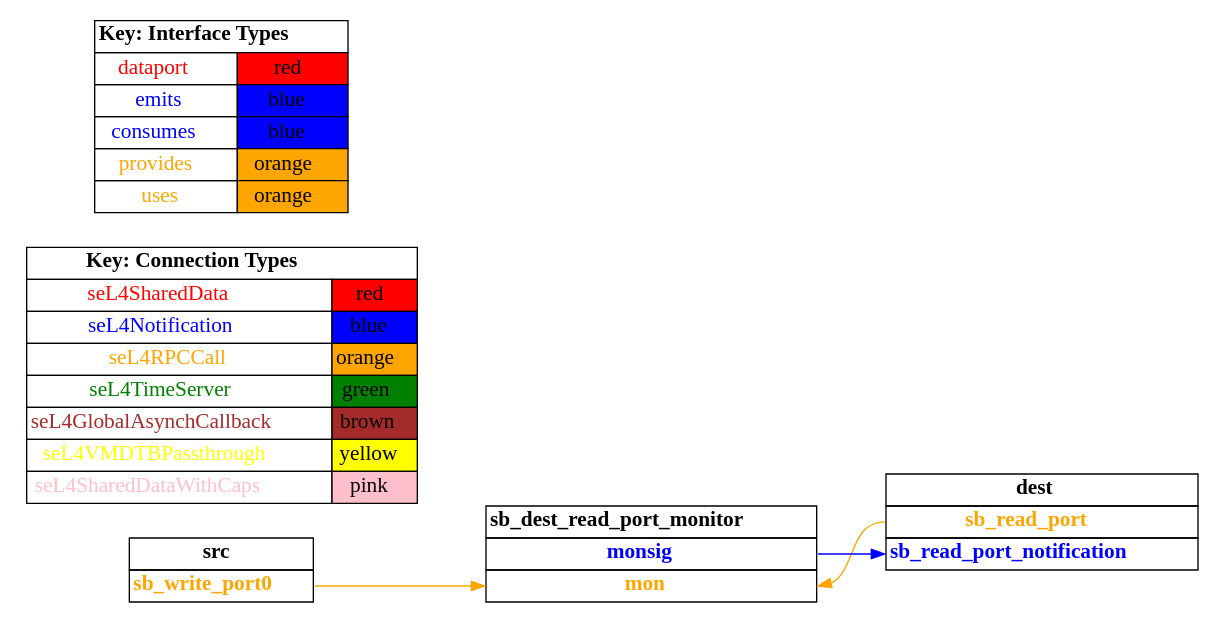
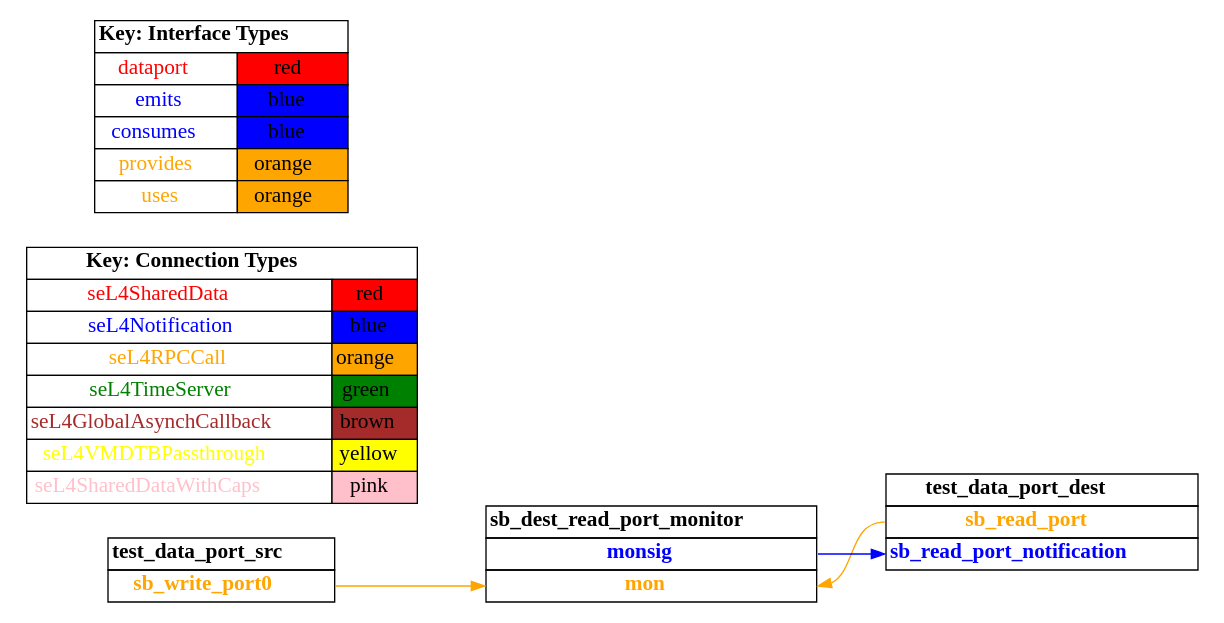
The diagram in TA5/tool-evaluation-4/HAMR/examples/test_data_port/CAmkES_seL4_TB/graph_simple.dot (loonwerks/CASE), drawn with Graphviz before and after one commit. The commit also changed 1372 other files, not shown here.

```diff
--- a/TA5/tool-evaluation-4/HAMR/examples/test_data_port/CAmkES_seL4_TB/graph_simple.dot
+++ b/TA5/tool-evaluation-4/HAMR/examples/test_data_port/CAmkES_seL4_TB/graph_simple.dot
@@ -1,96 +1,96 @@
 digraph g {
 graph [
   overlap = false,
   rankdir = "LR"
 ];
 node [
   fontsize = "16",
   shape = "ellipse"
 ];
 edge [
 ];
 
-src [
+test_data_port_src [
   label=<
     <TABLE BORDER="0" CELLBORDER="1" CELLSPACING="0">
-      <TR><TD><B>src</B></TD></TR>
+      <TR><TD><B>test_data_port_src</B></TD></TR>
       <TR><TD PORT="sb_write_port0"><FONT COLOR="orange"><B>sb_write_port0</B></FONT></TD></TR>"
     </TABLE>
   >
   shape=plaintext
 ];
 
-dest [
+test_data_port_dest [
   label=<
     <TABLE BORDER="0" CELLBORDER="1" CELLSPACING="0">
-      <TR><TD><B>dest</B></TD></TR>
+      <TR><TD><B>test_data_port_dest</B></TD></TR>
       <TR><TD PORT="sb_read_port"><FONT COLOR="orange"><B>sb_read_port</B></FONT></TD></TR>
       <TR><TD PORT="sb_read_port_notification"><FONT COLOR="blue"><B>sb_read_port_notification</B></FONT></TD></TR>"
     </TABLE>
   >
   shape=plaintext
 ];
 
 sb_dest_read_port_monitor [
   label=<
     <TABLE BORDER="0" CELLBORDER="1" CELLSPACING="0">
       <TR><TD><B>sb_dest_read_port_monitor</B></TD></TR>
       <TR><TD PORT="monsig"><FONT COLOR="blue"><B>monsig</B></FONT></TD></TR>
       <TR><TD PORT="mon"><FONT COLOR="orange"><B>mon</B></FONT></TD></TR>"
     </TABLE>
   >
   shape=plaintext
 ];
 
 connectiontypekey [
   label=<
    <TABLE BORDER="0" CELLBORDER="1" CELLSPACING="0">
      <TR><TD COLSPAN="2"><B>Key: Connection Types</B></TD></TR>
      <TR><TD><FONT COLOR="red">seL4SharedData</FONT></TD><TD BGCOLOR="red">red</TD></TR>
      <TR><TD><FONT COLOR="blue">seL4Notification</FONT></TD><TD BGCOLOR="blue">blue</TD></TR>
      <TR><TD><FONT COLOR="orange">seL4RPCCall</FONT></TD><TD BGCOLOR="orange">orange</TD></TR>
      <TR><TD><FONT COLOR="green">seL4TimeServer</FONT></TD><TD BGCOLOR="green">green</TD></TR>
      <TR><TD><FONT COLOR="brown">seL4GlobalAsynchCallback</FONT></TD><TD BGCOLOR="brown">brown</TD></TR>
      <TR><TD><FONT COLOR="yellow">seL4VMDTBPassthrough</FONT></TD><TD BGCOLOR="yellow">yellow</TD></TR>
      <TR><TD><FONT COLOR="pink">seL4SharedDataWithCaps</FONT></TD><TD BGCOLOR="pink">pink</TD></TR>
    </TABLE>
   >
   shape=plaintext
 ];
 
 interfacetypekey [
   label=<
    <TABLE BORDER="0" CELLBORDER="1" CELLSPACING="0">
      <TR><TD COLSPAN="2"><B>Key: Interface Types</B></TD></TR>
      <TR><TD><FONT COLOR="red">dataport</FONT></TD><TD BGCOLOR="red">red</TD></TR>
      <TR><TD><FONT COLOR="blue">emits</FONT></TD><TD BGCOLOR="blue">blue</TD></TR>
      <TR><TD><FONT COLOR="blue">consumes</FONT></TD><TD BGCOLOR="blue">blue</TD></TR>
      <TR><TD><FONT COLOR="orange">provides</FONT></TD><TD BGCOLOR="orange">orange</TD></TR>
      <TR><TD><FONT COLOR="orange">uses</FONT></TD><TD BGCOLOR="orange">orange</TD></TR>
    </TABLE>
   >
   shape=plaintext
 ];
 
-"src":sb_write_port0 -> "sb_dest_read_port_monitor":mon [
+"test_data_port_src":sb_write_port0 -> "sb_dest_read_port_monitor":mon [
   color="orange"
   //label = "seL4RPCCall"
   id = conn1
 
 ];
 
-"dest":sb_read_port -> "sb_dest_read_port_monitor":mon [
+"test_data_port_dest":sb_read_port -> "sb_dest_read_port_monitor":mon [
   color="orange"
   //label = "seL4RPCCall"
   id = conn2
 
 ];
 
-"sb_dest_read_port_monitor":monsig -> "dest":sb_read_port_notification [
+"sb_dest_read_port_monitor":monsig -> "test_data_port_dest":sb_read_port_notification [
   color="blue"
   //label = "seL4Notification"
   id = conn3
 
 ];
 
 }
```
